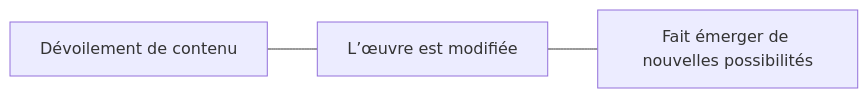
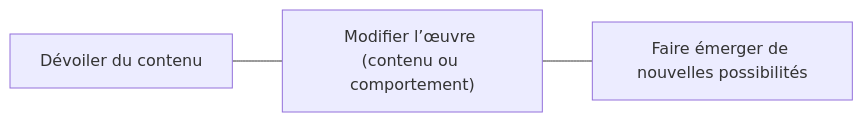
One commit to thomasfredericks/aide changed the diagram in creation/interactivite/continuum/README.md. Above: the diagram before and after it, drawn with Mermaid. The commit also changed other lines of this file and 2 other files, not shown here.

````diff
--- a/creation/interactivite/continuum/README.md
+++ b/creation/interactivite/continuum/README.md
@@ -7,8 +10,8 @@
 ```mermaid
 flowchart LR
-    A["Dévoilement de contenu"]
-    B["L’œuvre est modifiée"]
-    C["Fait émerger de nouvelles possibilités"]
+    A["Dévoiler du contenu"]
+    B["Modifier l’œuvre (contenu ou comportement)"]
+    C["Faire émerger de nouvelles possibilités"]
 
     A --- B --- C
 ```
````
